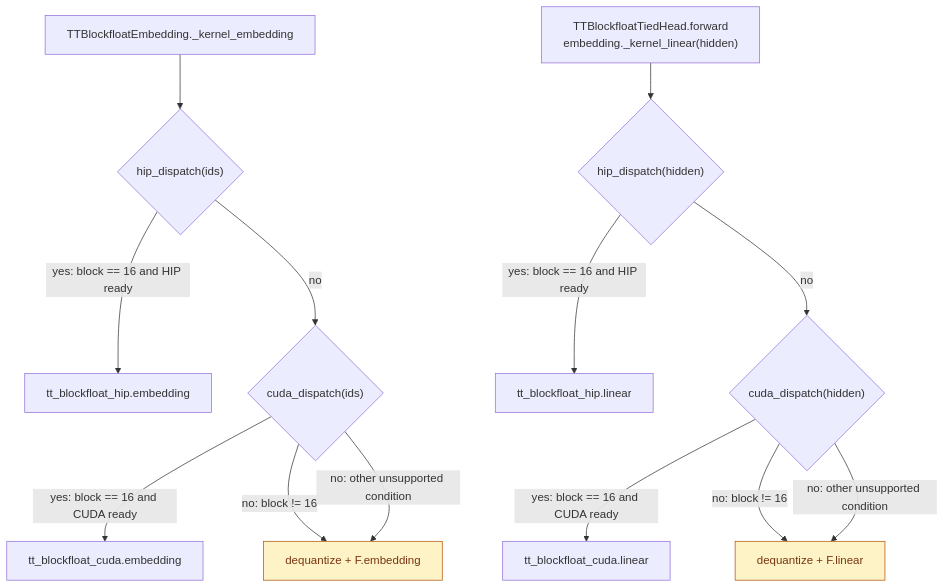
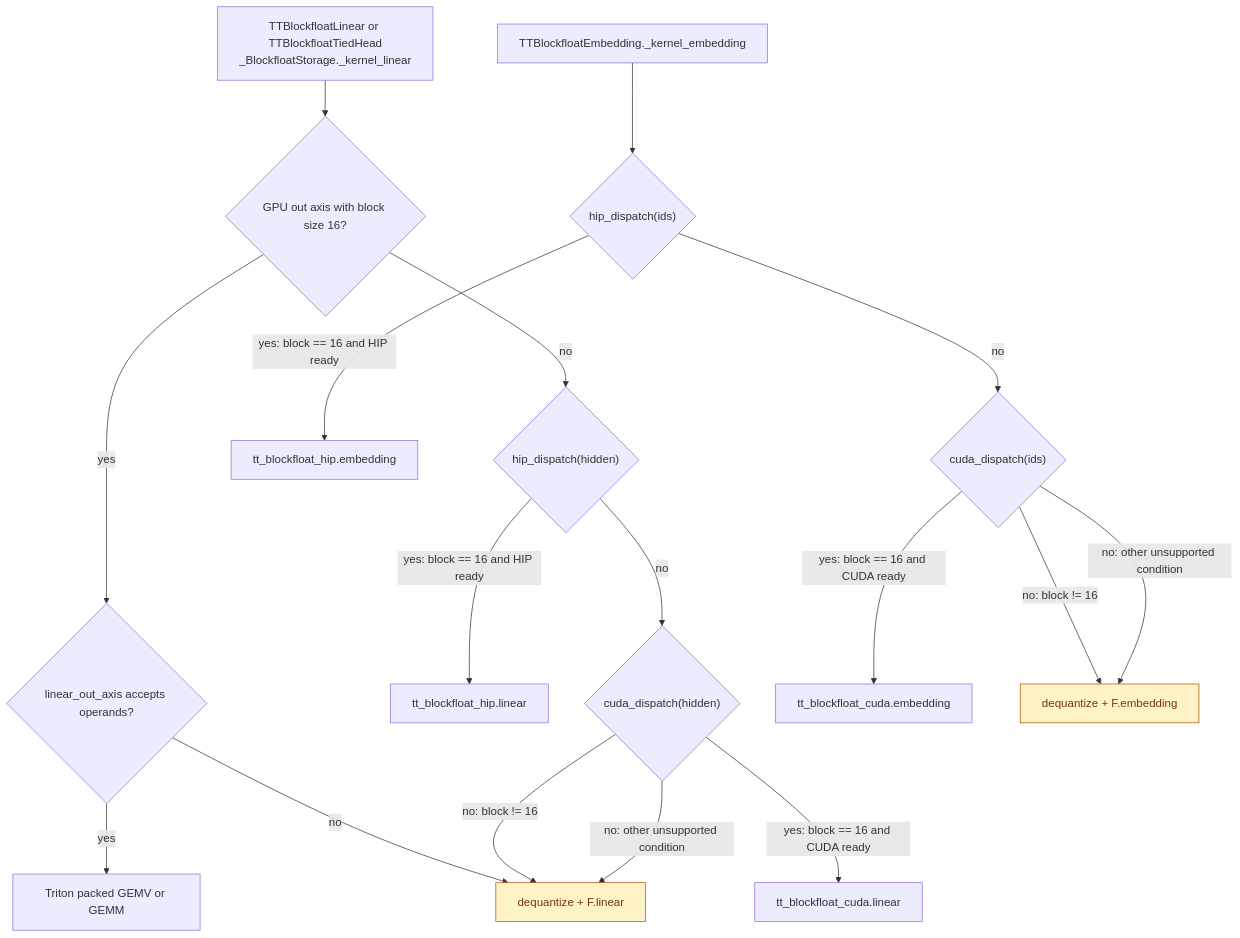
One commit to ModelCloud/GPTQModel changed the sixth of 12 diagrams in docs/tenstorrent.md. Above: the diagram before and after it, drawn with Mermaid. The commit also changed other lines of this file and 4 other files, not shown here.

First line of the commit message:
Execute packed out-axis Tenstorrent block-float projections on CUDA (#5968)

````diff
--- a/docs/tenstorrent.md
+++ b/docs/tenstorrent.md
@@ -262,17 +273,21 @@
 ```mermaid
 flowchart TD
     A["TTBlockfloatEmbedding._kernel_embedding"] --> B{"hip_dispatch(ids)"}
-    C["TTBlockfloatTiedHead.forward<br/>embedding._kernel_linear(hidden)"] --> D{"hip_dispatch(hidden)"}
+    C["TTBlockfloatLinear or TTBlockfloatTiedHead<br/>_BlockfloatStorage._kernel_linear"] --> M{"GPU out axis with block size 16?"}
+    M -- yes --> P{"linear_out_axis accepts operands?"}
+    M -- no --> D{"hip_dispatch(hidden)"}
+    P -- yes --> Q["Triton packed GEMV or GEMM"]
+    P -- no --> L
     B -- "yes: block == 16 and HIP ready" --> E["tt_blockfloat_hip.embedding"]
     D -- "yes: block == 16 and HIP ready" --> F["tt_blockfloat_hip.linear"]
     B -- no --> G{"cuda_dispatch(ids)"}
     D -- no --> H{"cuda_dispatch(hidden)"}
     G -- "yes: block == 16 and CUDA ready" --> I["tt_blockfloat_cuda.embedding"]
     H -- "yes: block == 16 and CUDA ready" --> J["tt_blockfloat_cuda.linear"]
     G -- "no: block != 16" --> K["dequantize + F.embedding"]:::fallback
     H -- "no: block != 16" --> L["dequantize + F.linear"]:::fallback
     G -- "no: other unsupported condition" --> K
     H -- "no: other unsupported condition" --> L
 
     classDef fallback fill:#fef3c7,stroke:#b45309,color:#78350f;
 ```
````
